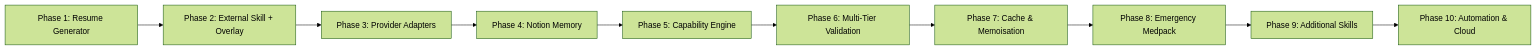
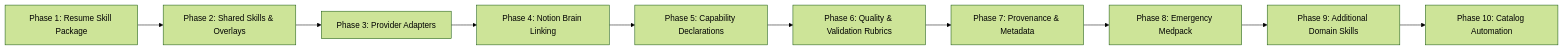
The diagram in docs/roadmap.md (bhargava562/anchor-skills), drawn with Mermaid (forest theme) before and after one commit. The commit also changed other lines of this file and 4 other files, not shown here.

Commit message:
docs: align architecture with passive skill library model and instruction design principles

````diff
--- a/docs/roadmap.md
+++ b/docs/roadmap.md
@@ -9,12 +9,12 @@
 ```mermaid
 graph LR
-    P1[Phase 1: Resume Generator] --> P2[Phase 2: External Skill + Overlay]
+    P1[Phase 1: Resume Skill Package] --> P2[Phase 2: Shared Skills & Overlays]
     P2 --> P3[Phase 3: Provider Adapters]
-    P3 --> P4[Phase 4: Notion Memory]
-    P4 --> P5[Phase 5: Capability Engine]
-    P5 --> P6[Phase 6: Multi-Tier Validation]
-    P6 --> P7[Phase 7: Cache & Memoisation]
+    P3 --> P4[Phase 4: Notion Brain Linking]
+    P4 --> P5[Phase 5: Capability Declarations]
+    P5 --> P6[Phase 6: Quality & Validation Rubrics]
+    P6 --> P7[Phase 7: Provenance & Metadata]
     P7 --> P8[Phase 8: Emergency Medpack]
-    P8 --> P9[Phase 9: Additional Skills]
-    P9 --> P10[Phase 10: Automation & Cloud]
+    P8 --> P9[Phase 9: Additional Domain Skills]
+    P9 --> P10[Phase 10: Catalog Automation]
 ```
````
